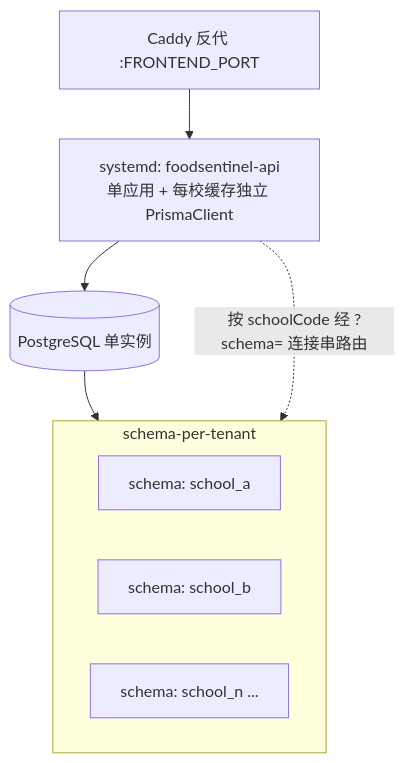
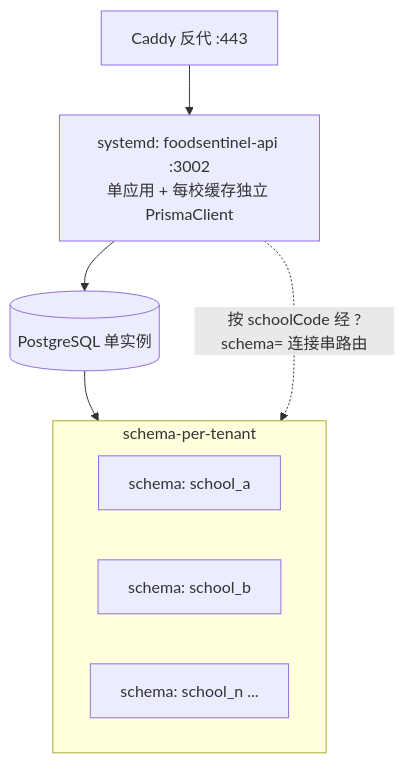
The third of 5 diagrams in README.md (ArthurUker/Tianjiabing_foodtestlab), drawn with Mermaid before and after one commit. The commit also changed other lines of this file and 3 other files, not shown here.

````diff
--- a/README.md
+++ b/README.md
@@ -131,14 +184,14 @@
 ```mermaid
 flowchart TB
-    Caddy[Caddy 反代 :FRONTEND_PORT]
-    API[systemd: foodsentinel-api<br/>单应用 + 每校缓存独立 PrismaClient]
+    Caddy[Caddy 反代 :443]
+    API[systemd: foodsentinel-api :3002<br/>单应用 + 每校缓存独立 PrismaClient]
     PG[(PostgreSQL 单实例)]
     subgraph Schemas[schema-per-tenant]
         S1[schema: school_a]
         S2[schema: school_b]
         Sn[schema: school_n ...]
     end
     Caddy --> API --> PG
     PG --> Schemas
     API -.按 schoolCode 经 ?schema= 连接串路由.-> Schemas
 ```
````
